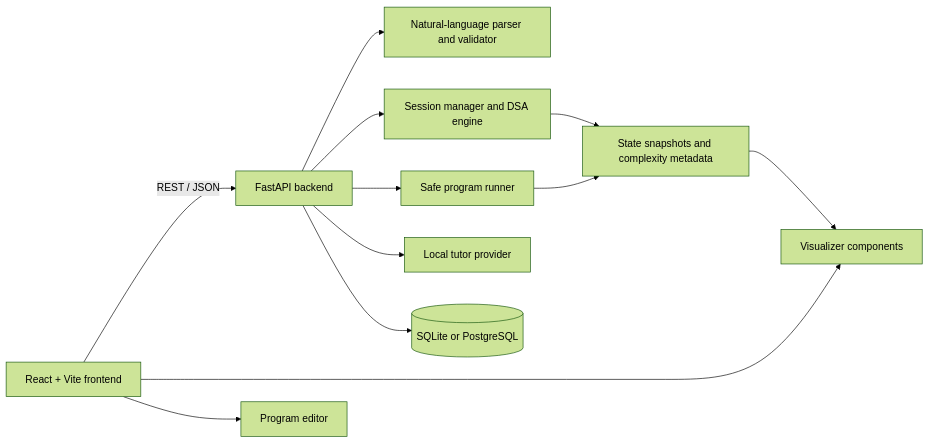
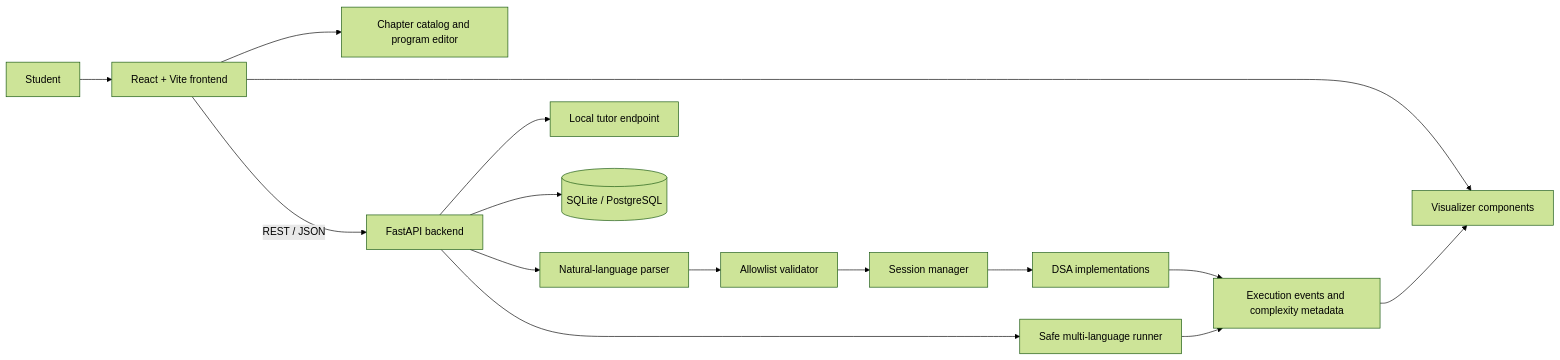
The first of 2 diagrams in README.md (SairajAgawane/AI--DS-Visualizer-Pro), drawn with Mermaid (forest theme) before and after one commit. The commit also changed other lines of this file and 1 other file, not shown here.

````diff
--- a/README.md
+++ b/README.md
@@ -70,14 +114,17 @@
 ```mermaid
 flowchart LR
-    UI[React + Vite frontend] -->|REST / JSON| API[FastAPI backend]
-    UI --> VIS[Visualizer components]
-    UI --> EDITOR[Program editor]
-    API --> PARSER[Natural-language parser and validator]
-    API --> ENGINE[Session manager and DSA engine]
-    API --> RUNNER[Safe program runner]
-    API --> TUTOR[Local tutor provider]
-    API --> DB[(SQLite or PostgreSQL)]
-    ENGINE --> EVENTS[State snapshots and complexity metadata]
-    RUNNER --> EVENTS
-    EVENTS --> VIS
+    U[Student] --> F[React + Vite frontend]
+    F --> C[Chapter catalog and program editor]
+    F --> V[Visualizer components]
+    F -->|REST / JSON| B[FastAPI backend]
+    B --> P[Natural-language parser]
+    P --> X[Allowlist validator]
+    X --> S[Session manager]
+    S --> D[DSA implementations]
+    D --> E[Execution events and complexity metadata]
+    B --> R[Safe multi-language runner]
+    R --> E
+    B --> T[Local tutor endpoint]
+    B --> DB[(SQLite / PostgreSQL)]
+    E --> V
 ```
````
